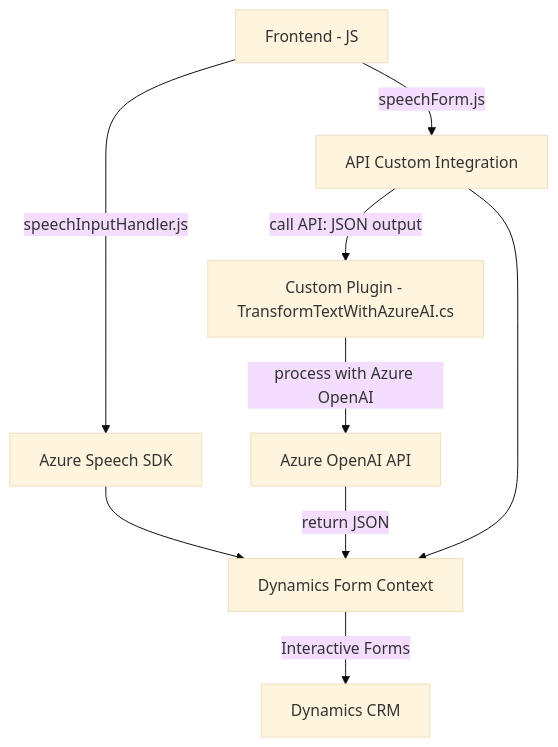
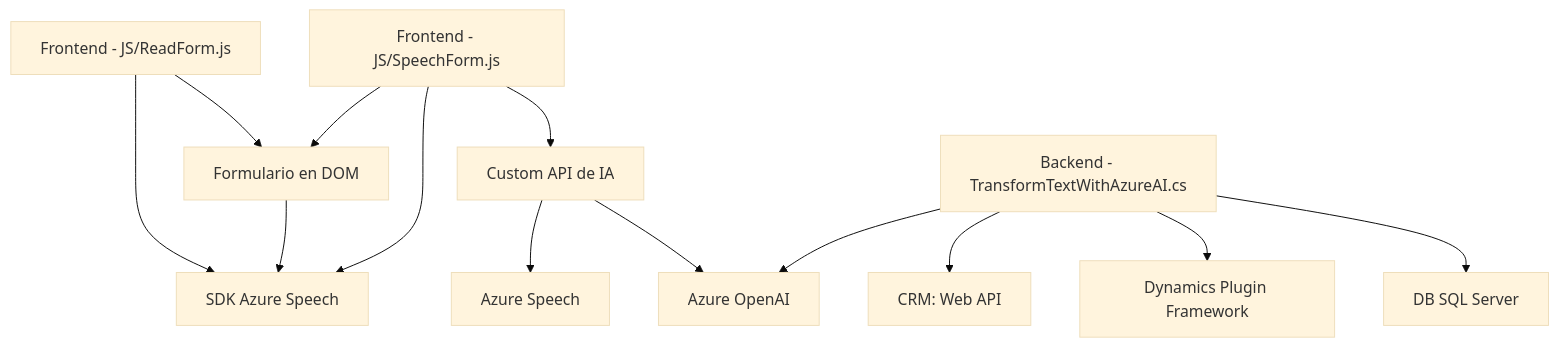
The diagram in README.md (blopezdm/NETCORE_BILBAO2025), drawn with Mermaid (base theme) before and after one commit. The commit also changed other lines of this file, not shown here.

````diff
--- a/README.md
+++ b/README.md
@@ -47,11 +62,18 @@
 ```mermaid
 graph TD
-    A["Frontend - JS"] --> |speechInputHandler.js| B["Azure Speech SDK"]
-    A --> |speechForm.js| C["API Custom Integration"]
-    C --> |call API: JSON output| D["Custom Plugin - TransformTextWithAzureAI.cs"]
-    D --> |process with Azure OpenAI| E["Azure OpenAI API"]
-    E --> |return JSON| F["Dynamics Form Context"]
-    B --> F
-    C --> F
-    F --> |Interactive Forms| G["Dynamics CRM"]
+    A["Frontend - JS/ReadForm.js"] --> B["SDK Azure Speech"]
+    A --> C["Formulario en DOM"]
+    C --> B
+
+    D["Frontend - JS/SpeechForm.js"] --> B
+    D --> C
+    D --> E["Custom API de IA"]
+
+    E --> F["Azure Speech"]
+    E --> G["Azure OpenAI"]
+
+    H["Backend - TransformTextWithAzureAI.cs"] --> G
+    H --> I["CRM: Web API"]
+    H --> J["Dynamics Plugin Framework"]
+    H --> K["DB SQL Server"]
 ```
````
